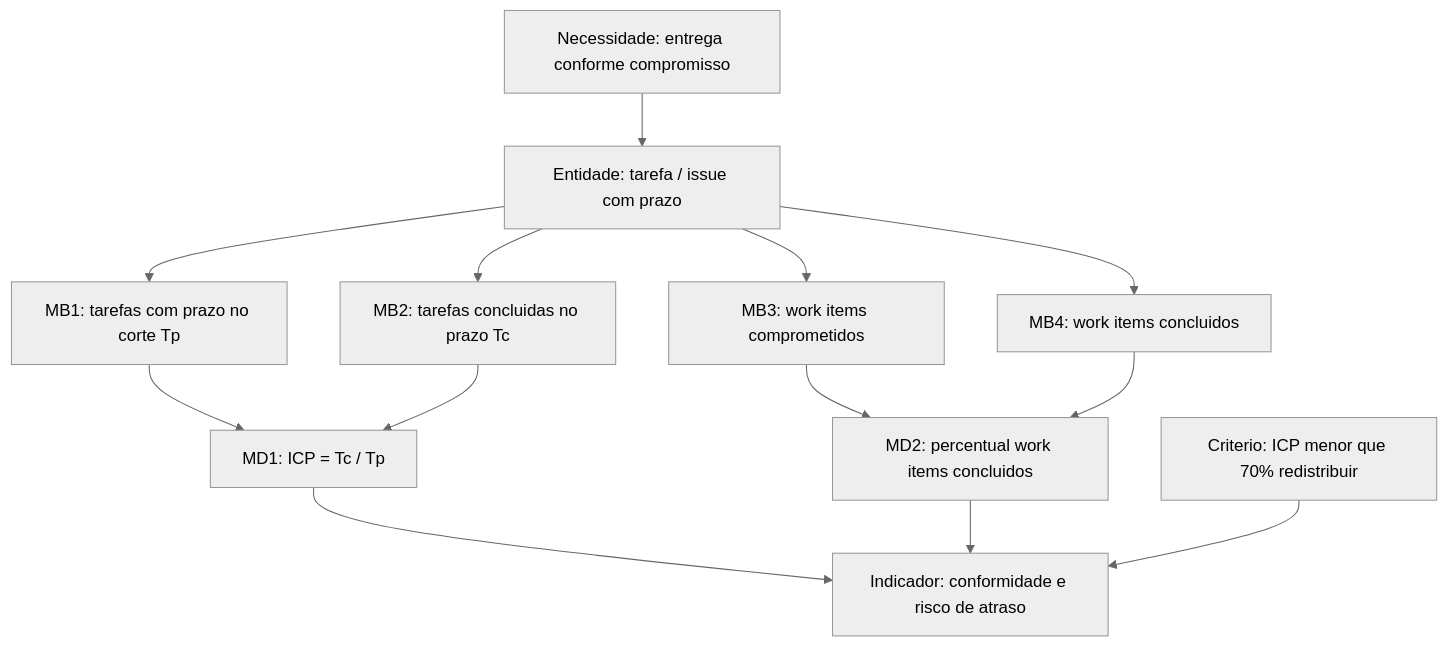
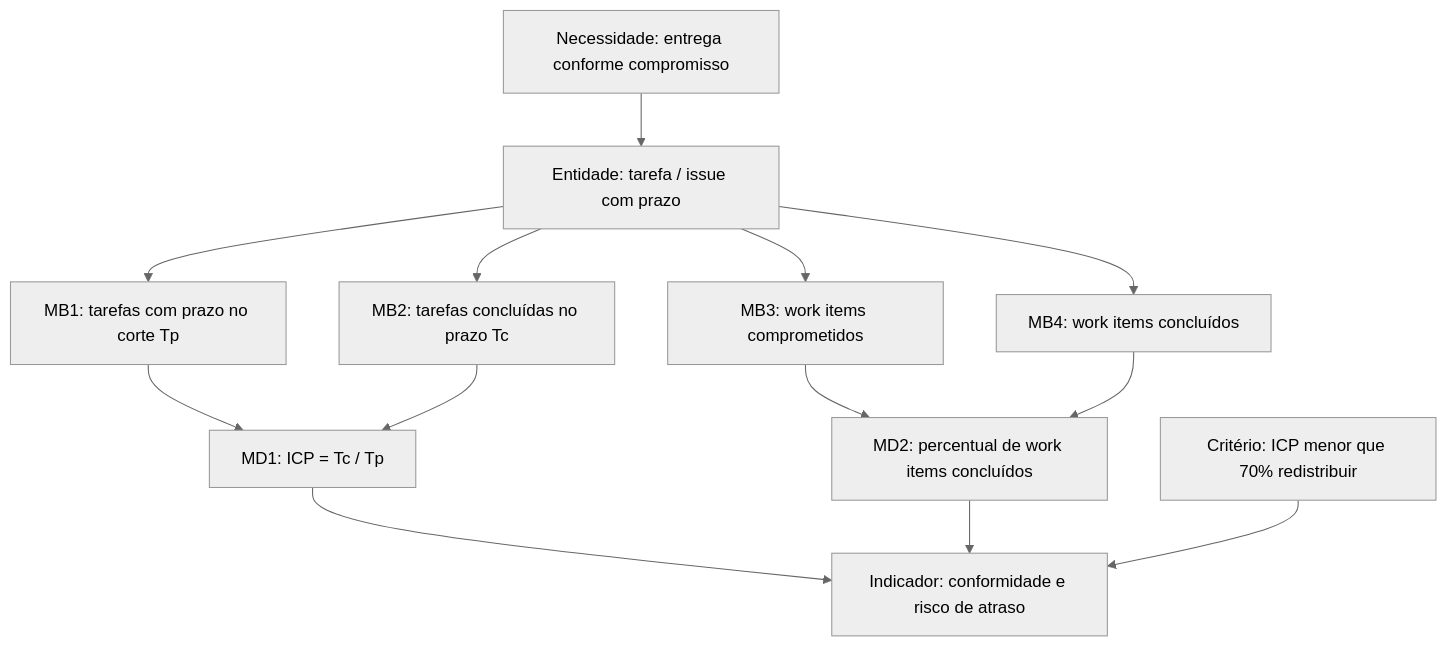
Before and after one commit to FCTE-Qualidade-de-Software-1/2026-2_T01_BETTY_SNYDER: the first of 2 diagrams in docs/gestao-psm/calendario-e-progresso.md, drawn with Mermaid (neutral theme). The commit also changed other lines of this file and 4 other files, not shown here.

Commit message:
docs(psm): alinha diagramas ao modelo da Aula 09 e rotulos com espacos

````diff
--- a/docs/gestao-psm/calendario-e-progresso.md
+++ b/docs/gestao-psm/calendario-e-progresso.md
@@ -15,25 +15,25 @@
 ```mermaid
 flowchart TB
   need["Necessidade: entrega conforme compromisso"]
   entity["Entidade: tarefa / issue com prazo"]
   tp["MB1: tarefas com prazo no corte Tp"]
-  tc["MB2: tarefas concluidas no prazo Tc"]
+  tc["MB2: tarefas concluídas no prazo Tc"]
   wi_c["MB3: work items comprometidos"]
-  wi_d["MB4: work items concluidos"]
+  wi_d["MB4: work items concluídos"]
   icp["MD1: ICP = Tc / Tp"]
-  pct["MD2: percentual work items concluidos"]
+  pct["MD2: percentual de work items concluídos"]
   ind["Indicador: conformidade e risco de atraso"]
-  crit["Criterio: ICP menor que 70% redistribuir"]
+  crit["Critério: ICP menor que 70% redistribuir"]
   need --> entity
   entity --> tp
   entity --> tc
   entity --> wi_c
   entity --> wi_d
   tp --> icp
   tc --> icp
   wi_c --> pct
   wi_d --> pct
   icp --> ind
   pct --> ind
   crit --> ind
 ```
````
